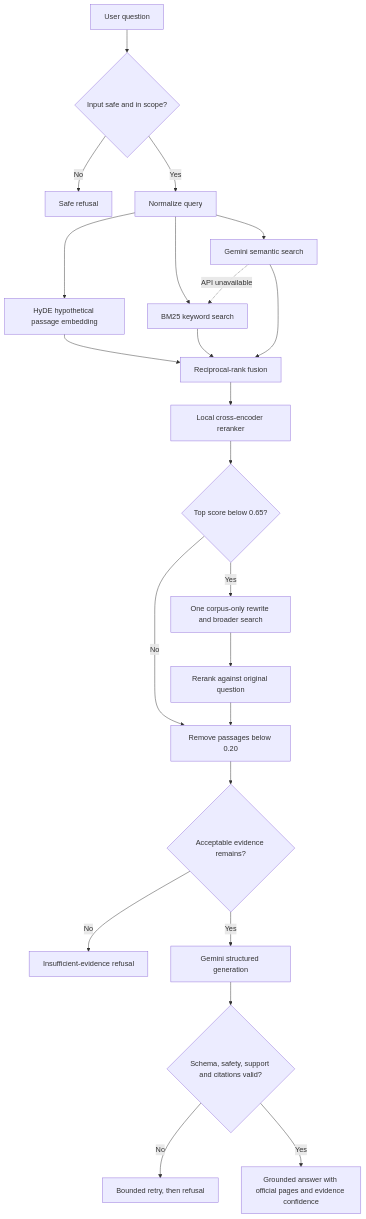
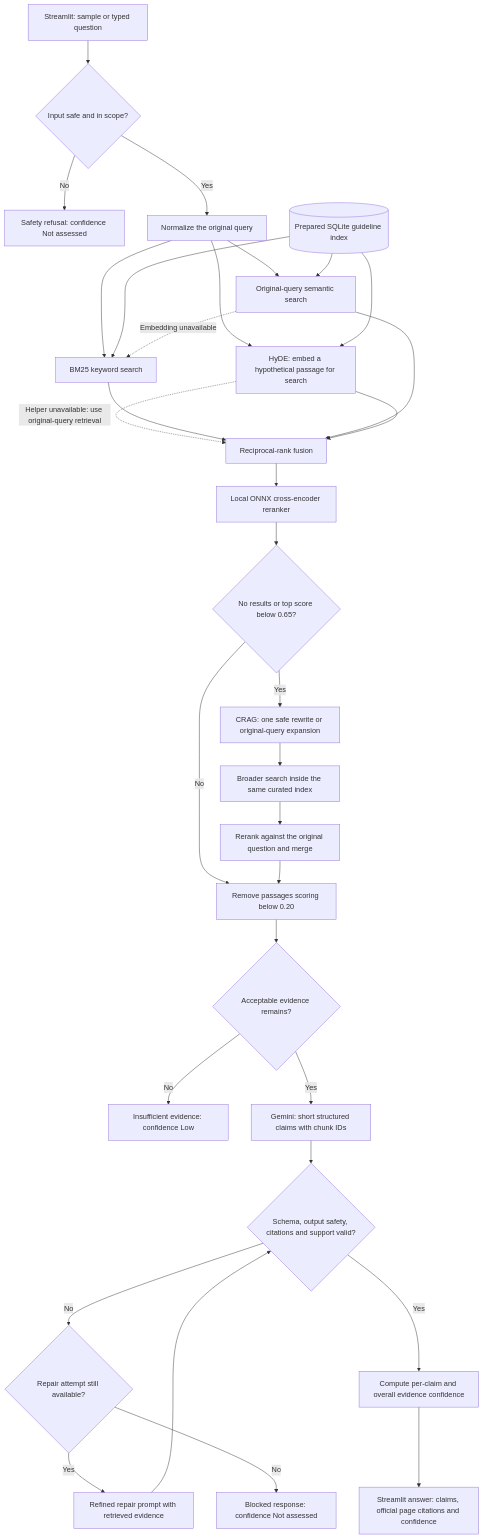
Before and after one commit to cakhiltej9001-source/medical-guideline-assistant: the second of 2 diagrams in README.md, drawn with Mermaid. The commit also changed other lines of this file, not shown here.

Commit message:
Update architecture diagrams and move below project overview

````diff
--- a/README.md
+++ b/README.md
@@ -170,25 +64,34 @@
 ```mermaid
 flowchart TD
-    A[User question] --> B{Input safe and in scope?}
-    B -- No --> R1[Safe refusal]
-    B -- Yes --> C[Normalize query]
-    C --> HY[HyDE hypothetical passage embedding]
-    C --> D1[BM25 keyword search]
-    C --> D2[Gemini semantic search]
-    HY --> E
-    D2 -. API unavailable .-> D1
-    D1 --> E[Reciprocal-rank fusion]
-    D2 --> E
-    E --> F[Local cross-encoder reranker]
-    F --> CR{Top score below 0.65?}
-    CR -- Yes --> FIX[One corpus-only rewrite and broader search]
-    FIX --> RR[Rerank against original question]
-    CR -- No --> FILTER[Remove passages below 0.20]
-    RR --> FILTER
-    FILTER --> G{Acceptable evidence remains?}
-    G -- No --> R2[Insufficient-evidence refusal]
-    G -- Yes --> H[Gemini structured generation]
-    H --> I{Schema, safety, support and citations valid?}
-    I -- No --> R3[Bounded retry, then refusal]
-    I -- Yes --> J[Grounded answer with official pages and evidence confidence]
+    UI["Streamlit: sample or typed question"] --> SAFE{"Input safe and in scope?"}
+    SAFE -- No --> REFUSE["Safety refusal: confidence Not assessed"]
+    SAFE -- Yes --> QUERY["Normalize the original query"]
+    QUERY --> BM25["BM25 keyword search"]
+    QUERY --> DENSE["Original-query semantic search"]
+    QUERY --> HYDE["HyDE: embed a hypothetical passage for search"]
+    INDEX[("Prepared SQLite guideline index")] --> BM25
+    INDEX --> DENSE
+    INDEX --> HYDE
+    DENSE -. Embedding unavailable .-> BM25
+    HYDE -. Helper unavailable: use original-query retrieval .-> FUSION
+    BM25 --> FUSION["Reciprocal-rank fusion"]
+    DENSE --> FUSION
+    HYDE --> FUSION
+    FUSION --> RANK["Local ONNX cross-encoder reranker"]
+    RANK --> WEAK{"No results or top score below 0.65?"}
+    WEAK -- Yes --> CRAG["CRAG: one safe rewrite or original-query expansion"]
+    CRAG --> SEARCH["Broader search inside the same curated index"]
+    SEARCH --> RERANK["Rerank against the original question and merge"]
+    WEAK -- No --> FILTER["Remove passages scoring below 0.20"]
+    RERANK --> FILTER
+    FILTER --> ENOUGH{"Acceptable evidence remains?"}
+    ENOUGH -- No --> LOW["Insufficient evidence: confidence Low"]
+    ENOUGH -- Yes --> GENERATE["Gemini: short structured claims with chunk IDs"]
+    GENERATE --> VALIDATE{"Schema, output safety, citations and support valid?"}
+    VALIDATE -- No --> RETRY{"Repair attempt still available?"}
+    RETRY -- Yes --> REPAIR["Refined repair prompt with retrieved evidence"]
+    REPAIR --> VALIDATE
+    RETRY -- No --> BLOCK["Blocked response: confidence Not assessed"]
+    VALIDATE -- Yes --> CONFIDENCE["Compute per-claim and overall evidence confidence"]
+    CONFIDENCE --> ANSWER["Streamlit answer: claims, official page citations and confidence"]
 ```
````
